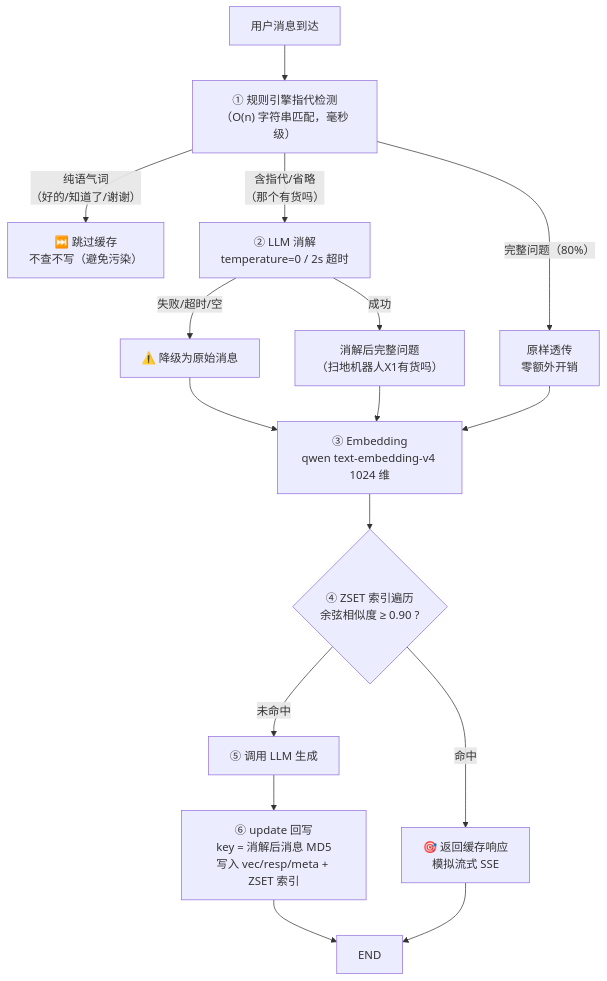
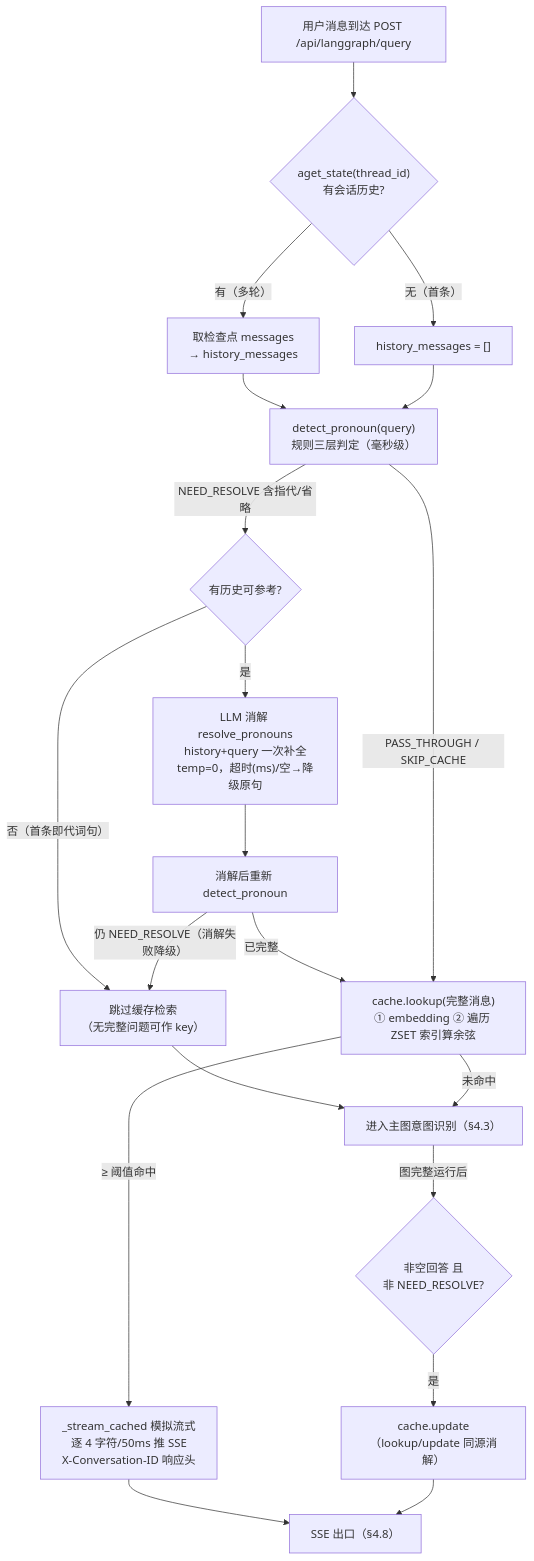
The fifth of 34 diagrams in docs/PROJECT_ANALYSIS.md (blowt16/SmartCS-Agent), drawn with Mermaid before and after one commit. The commit also changed other lines of this file, not shown here.

Commit message:
[docs] PROJECT_ANALYSIS §4 核心模块详解按代码实测重写——总分结构：入口到出口逐模块总图+子图（售前 MultiTool 子图/ragTool 混合检索管线、两 @tool 三态协议与未 bind 现状、记忆增量压缩、语义缓存同源链路等按 2026-09-02 真实代码落笔）

````diff
--- a/docs/PROJECT_ANALYSIS.md
+++ b/docs/PROJECT_ANALYSIS.md
@@ -267,24 +350,22 @@
 ```mermaid
 flowchart TD
-    Q["用户消息到达"]
-    Q --> DETECT["① 规则引擎指代检测<br/>（O(n) 字符串匹配，毫秒级）"]
-
-    DETECT -->|"纯语气词<br/>（好的/知道了/谢谢）"| SKIP["⏭️ 跳过缓存<br/>不查不写（避免污染）"]
-    DETECT -->|"含指代/省略<br/>（那个有货吗）"| RESOLVE["② LLM 消解<br/>temperature=0 / 2s 超时"]
-    DETECT -->|"完整问题（80%）"| PASSTHROUGH["原样透传<br/>零额外开销"]
-
-    RESOLVE -->|"失败/超时/空"| DEGRADE["⚠️ 降级为原始消息"]
-    RESOLVE -->|"成功"| RESOLVED["消解后完整问题<br/>（扫地机器人X1有货吗）"]
-    DEGRADE --> EMBED
-    RESOLVED --> EMBED
-    PASSTHROUGH --> EMBED
-
-    EMBED["③ Embedding<br/>qwen text-embedding-v4 1024 维"] --> LOOKUP
-
-    LOOKUP{"④ ZSET 索引遍历<br/>余弦相似度 ≥ 0.90 ?"} -->|"命中"| HIT["🎯 返回缓存响应<br/>模拟流式 SSE"]
-    LOOKUP -->|"未命中"| LLM["⑤ 调用 LLM 生成"]
-
-    LLM --> WRITE["⑥ update 回写<br/>key = 消解后消息 MD5<br/>写入 vec/resp/meta + ZSET 索引"]
-    WRITE --> END
-    HIT --> END
+    Q["用户消息到达 POST /api/langgraph/query"] --> TH{"aget_state(thread_id)<br/>有会话历史?"}
+    TH -->|"有（多轮）"| HIST["取检查点 messages<br/>→ history_messages"]
+    TH -->|"无（首条）"| HISTN["history_messages = []"]
+    HIST --> DET["detect_pronoun(query)<br/>规则三层判定（毫秒级）"]
+    HISTN --> DET
+    DET -->|"NEED_RESOLVE 含指代/省略"| NEED{"有历史可参考?"}
+    NEED -->|"是"| RES["LLM 消解 resolve_pronouns<br/>history+query 一次补全<br/>temp=0，超时(ms)/空→降级原句"]
+    NEED -->|"否（首条即代词句）"| SKIP["跳过缓存检索<br/>（无完整问题可作 key）"]
+    RES --> RECHECK["消解后重新 detect_pronoun"]
+    RECHECK -->|"仍 NEED_RESOLVE（消解失败降级）"| SKIP
+    RECHECK -->|"已完整"| LOOK
+    DET -->|"PASS_THROUGH / SKIP_CACHE"| LOOK
+    SKIP --> GRAPH["进入主图意图识别（§4.3）"]
+    LOOK["cache.lookup(完整消息)<br/>① embedding ② 遍历 ZSET 索引算余弦"] -->|"≥ 阈值命中"| HIT["_stream_cached 模拟流式<br/>逐 4 字符/50ms 推 SSE<br/>X-Conversation-ID 响应头"]
+    LOOK -->|"未命中"| GRAPH
+    GRAPH -->|"图完整运行后"| WB{"非空回答 且<br/>非 NEED_RESOLVE?"}
+    WB -->|"是"| UP["cache.update（lookup/update 同源消解）"]
+    HIT --> SSE["SSE 出口（§4.8）"]
+    UP --> SSE
 ```
````
